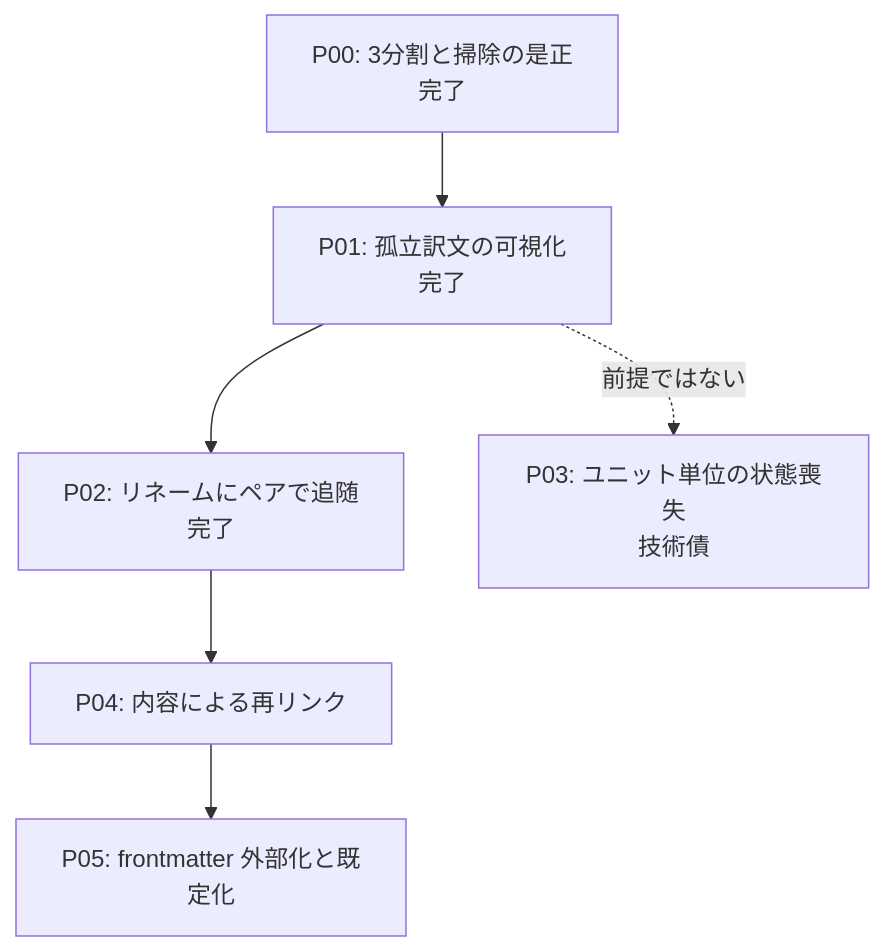
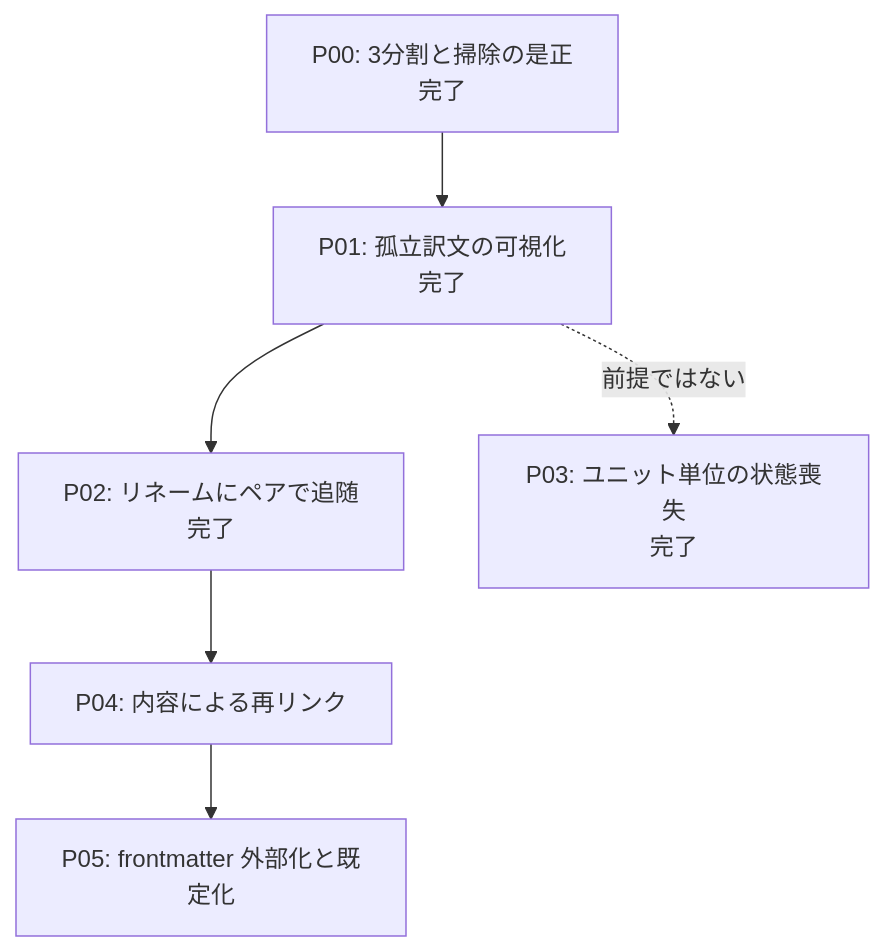
One commit to mochimochiki/mdait changed the diagram in docs/roadmaps/roadmap-v01_external-markers.md. Above: the diagram before and after it, drawn with Mermaid. The commit also changed other lines of this file and 8 other files, not shown here.

First line of the commit message:
消えた章の翻訳状態を保留席で預かる（段階3 / roadmap-v01 の P03）

````diff
--- a/docs/roadmaps/roadmap-v01_external-markers.md
+++ b/docs/roadmaps/roadmap-v01_external-markers.md
@@ -33,8 +33,8 @@
 ```mermaid
 graph TD
 P00[P00: 3分割と掃除の是正<br/>完了] --> P01[P01: 孤立訳文の可視化<br/>完了]
 P01 --> P02[P02: リネームにペアで追随<br/>完了]
 P02 --> P04[P04: 内容による再リンク]
 P04 --> P05[P05: frontmatter 外部化と既定化]
-P01 -.->|前提ではない| P03[P03: ユニット単位の状態喪失<br/>技術債]
+P01 -.->|前提ではない| P03[P03: ユニット単位の状態喪失<br/>完了]
 ```
````
